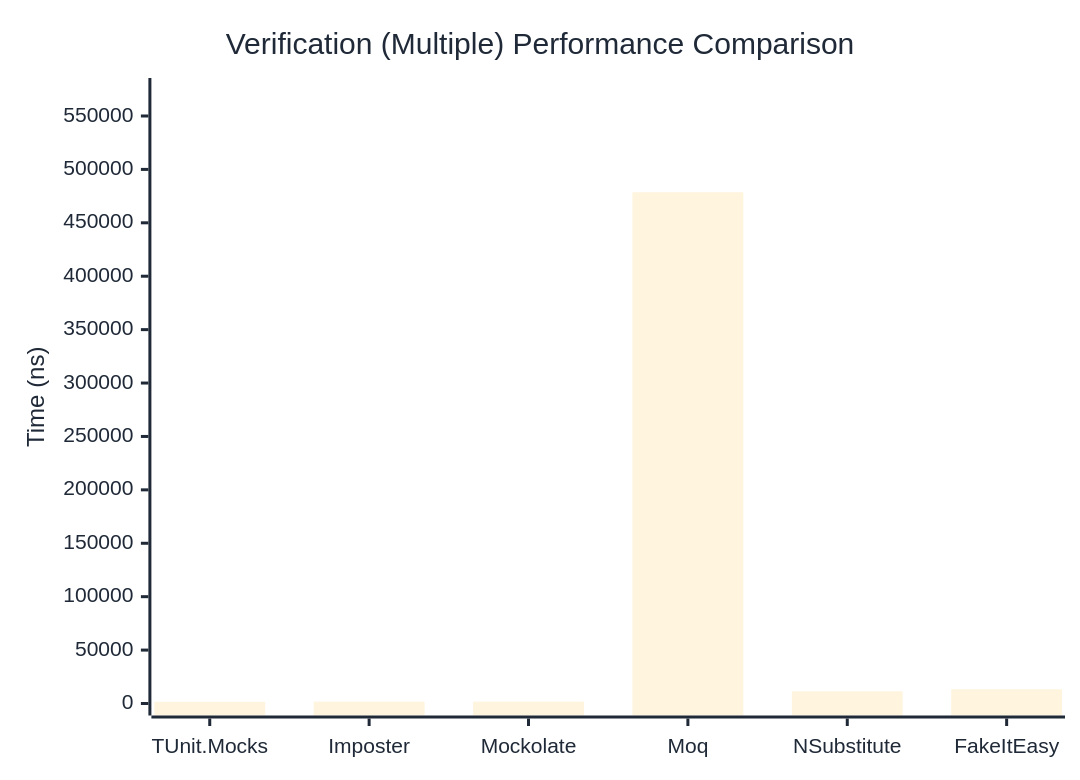
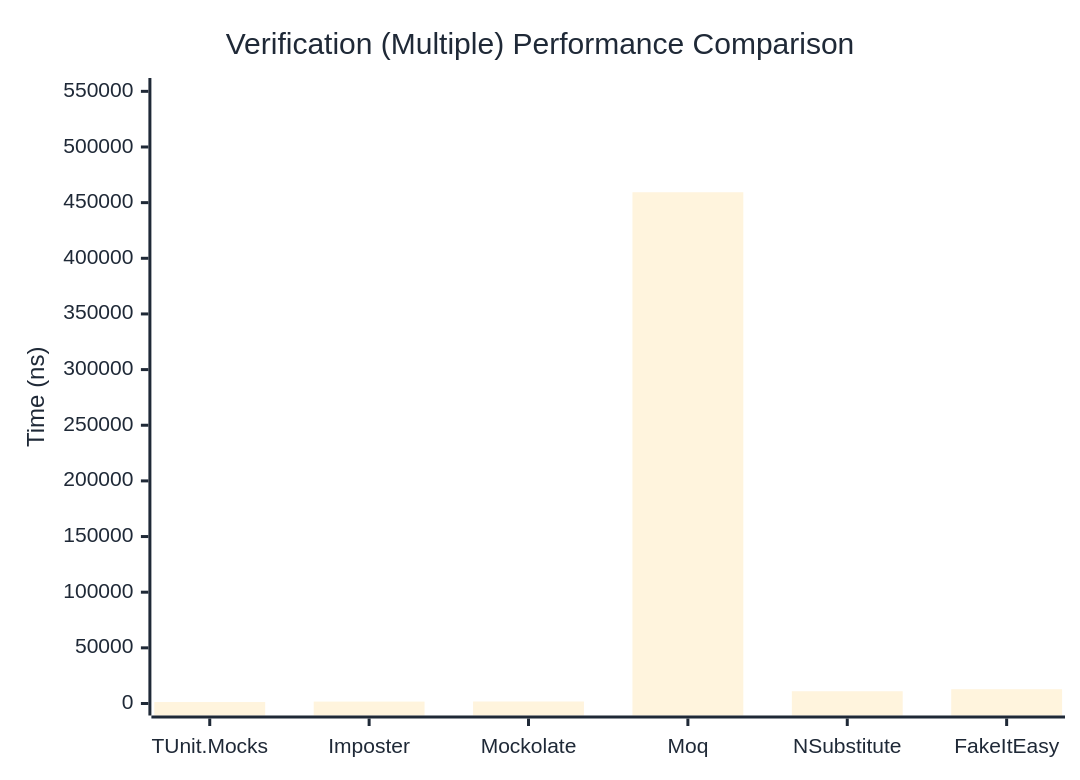
One commit to thomhurst/TUnit changed the third of 3 diagrams in docs/docs/benchmarks/mocks/Verification.md. Above: the diagram before and after it, drawn with Mermaid. The commit also changed other lines of this file and 14 other files, not shown here.

````diff
--- a/docs/docs/benchmarks/mocks/Verification.md
+++ b/docs/docs/benchmarks/mocks/Verification.md
@@ -110,27 +110,27 @@
 ```mermaid
 %%{init: {
   'theme':'base',
   'themeVariables': {
     'primaryColor': '#2563eb',
     'primaryTextColor': '#1f2937',
     'primaryBorderColor': '#1e40af',
     'lineColor': '#6b7280',
     'secondaryColor': '#7c3aed',
     'tertiaryColor': '#dc2626',
     'background': '#ffffff',
     'pie1': '#2563eb',
     'pie2': '#7c3aed',
     'pie3': '#dc2626',
     'pie4': '#f59e0b',
     'pie5': '#10b981',
     'pie6': '#06b6d4',
     'pie7': '#ec4899',
     'pie8': '#6366f1'
   }
 }}%%
 xychart-beta
   title "Verification (Multiple) Performance Comparison"
   x-axis ["TUnit.Mocks", "Imposter", "Mockolate", "Moq", "NSubstitute", "FakeItEasy"]
-  y-axis "Time (ns)" 0 --> 574331
-  bar [1590.1, 1730.3, 1783.2, 478608.6, 11385, 13336]
+  y-axis "Time (ns)" 0 --> 551200
+  bar [1309.49, 1709.63, 1805.02, 459332.59, 11011.9, 12832.9]
 ```
````
